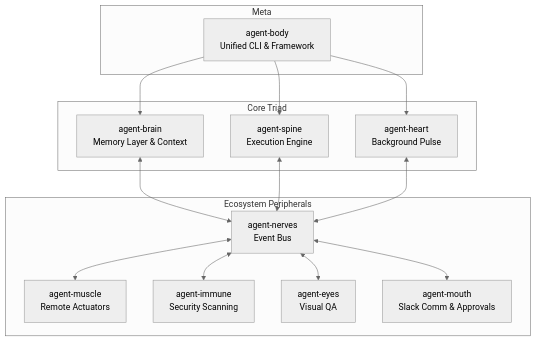
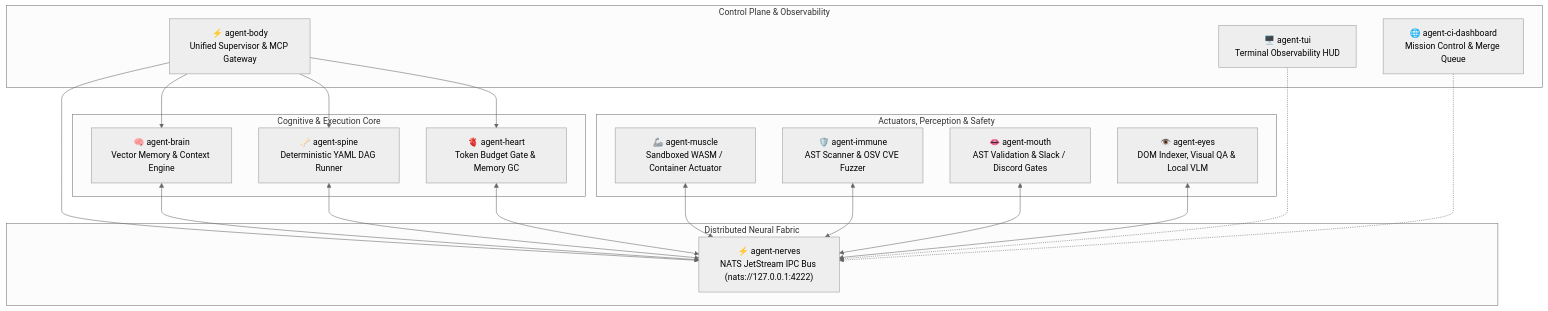
One commit to autonomic-ai-dev/.github changed the diagram in README.md. Above: the diagram before and after it, drawn with Mermaid (neutral theme). The commit also changed other lines of this file and 1 other file, not shown here.

Commit message:
docs(profile): revamp organization profile README with 11-organ mesh and quickstart (#2)

````diff
--- a/README.md
+++ b/README.md
@@ -25,33 +39,41 @@
 ```mermaid
 flowchart TD
-    subgraph Meta
-        body["agent-body<br>Unified CLI & Framework"]
+    subgraph Control_Plane["Control Plane & Observability"]
+        body["⚡ agent-body<br/>Unified Supervisor & MCP Gateway"]
+        tui["🖥️ agent-tui<br/>Terminal Observability HUD"]
+        dashboard["🌐 agent-ci-dashboard<br/>Mission Control & Merge Queue"]
     end
 
-    subgraph Core Triad
-        brain["agent-brain<br>Memory Layer & Context"]
-        spine["agent-spine<br>Execution Engine"]
-        heart["agent-heart<br>Background Pulse"]
+    subgraph Cognitive_Core["Cognitive & Execution Core"]
+        brain["🧠 agent-brain<br/>Vector Memory & Context Engine"]
+        spine["🦴 agent-spine<br/>Deterministic YAML DAG Runner"]
+        heart["🫀 agent-heart<br/>Token Budget Gate & Memory GC"]
     end
 
-    subgraph Ecosystem Peripherals
-        nerves["agent-nerves<br>Event Bus"]
-        muscle["agent-muscle<br>Remote Actuators"]
-        immune["agent-immune<br>Security Scanning"]
-        eyes["agent-eyes<br>Visual QA"]
-        mouth["agent-mouth<br>Slack Comm & Approvals"]
+    subgraph Actuators_Perception["Actuators, Perception & Safety"]
+        muscle["🦾 agent-muscle<br/>Sandboxed WASM / Container Actuator"]
+        immune["🛡️ agent-immune<br/>AST Scanner & OSV CVE Fuzzer"]
+        mouth["👄 agent-mouth<br/>AST Validation & Slack / Discord Gates"]
+        eyes["👁️ agent-eyes<br/>DOM Indexer, Visual QA & Local VLM"]
+    end
+
+    subgraph Event_Mesh["Distributed Neural Fabric"]
+        nerves["⚡ agent-nerves<br/>NATS JetStream IPC Bus (nats://127.0.0.1:4222)"]
     end
 
     body --> brain
     body --> spine
     body --> heart
-    
+    body --> nerves
+
     brain <--> nerves
     spine <--> nerves
     heart <--> nerves
-    
-    nerves <--> muscle
-    nerves <--> immune
-    nerves <--> eyes
-    nerves <--> mouth
+    muscle <--> nerves
+    immune <--> nerves
+    mouth <--> nerves
+    eyes <--> nerves
+
+    tui -.-> nerves
+    dashboard -.-> nerves
 ```
````
